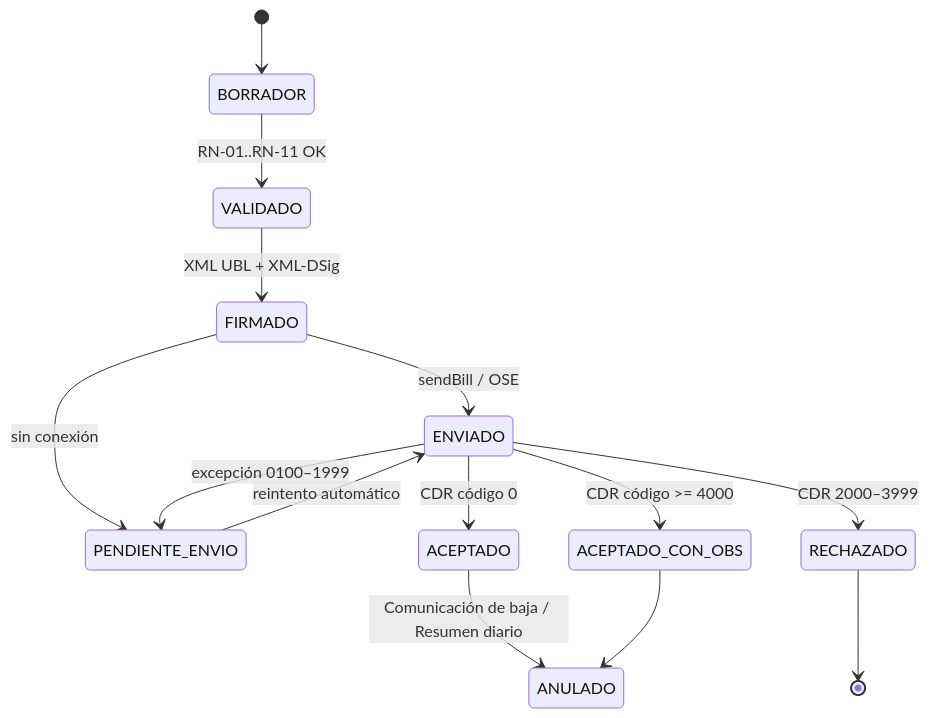
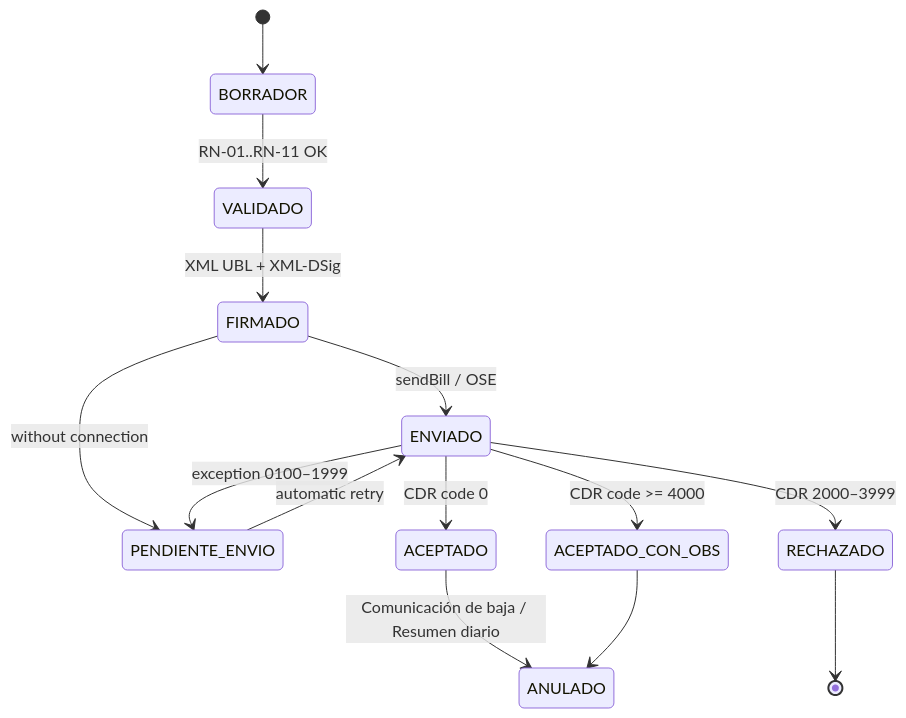
One commit to Zahir1332007/MD-Arquitectura changed the second of 2 diagrams in docs/01_MODELO_DE_DOMINIO.md. Above: the diagram before and after it, drawn with Mermaid. The commit also changed other lines of this file and 16 other files, not shown here.

````diff
--- a/docs/01_MODELO_DE_DOMINIO.md
+++ b/docs/01_MODELO_DE_DOMINIO.md
@@ -247,16 +245,16 @@
 ```mermaid
 stateDiagram-v2
     [*] --> BORRADOR
     BORRADOR --> VALIDADO: RN-01..RN-11 OK
     VALIDADO --> FIRMADO: XML UBL + XML-DSig
     FIRMADO --> ENVIADO: sendBill / OSE
-    FIRMADO --> PENDIENTE_ENVIO: sin conexión
-    PENDIENTE_ENVIO --> ENVIADO: reintento automático
-    ENVIADO --> ACEPTADO: CDR código 0
-    ENVIADO --> ACEPTADO_CON_OBS: CDR código >= 4000
+    FIRMADO --> PENDIENTE_ENVIO: without connection
+    PENDIENTE_ENVIO --> ENVIADO: automatic retry
+    ENVIADO --> ACEPTADO: CDR code 0
+    ENVIADO --> ACEPTADO_CON_OBS: CDR code >= 4000
     ENVIADO --> RECHAZADO: CDR 2000–3999
-    ENVIADO --> PENDIENTE_ENVIO: excepción 0100–1999
+    ENVIADO --> PENDIENTE_ENVIO: exception 0100–1999
     ACEPTADO --> ANULADO: Comunicación de baja / Resumen diario
     ACEPTADO_CON_OBS --> ANULADO
     RECHAZADO --> [*]
 ```
````
